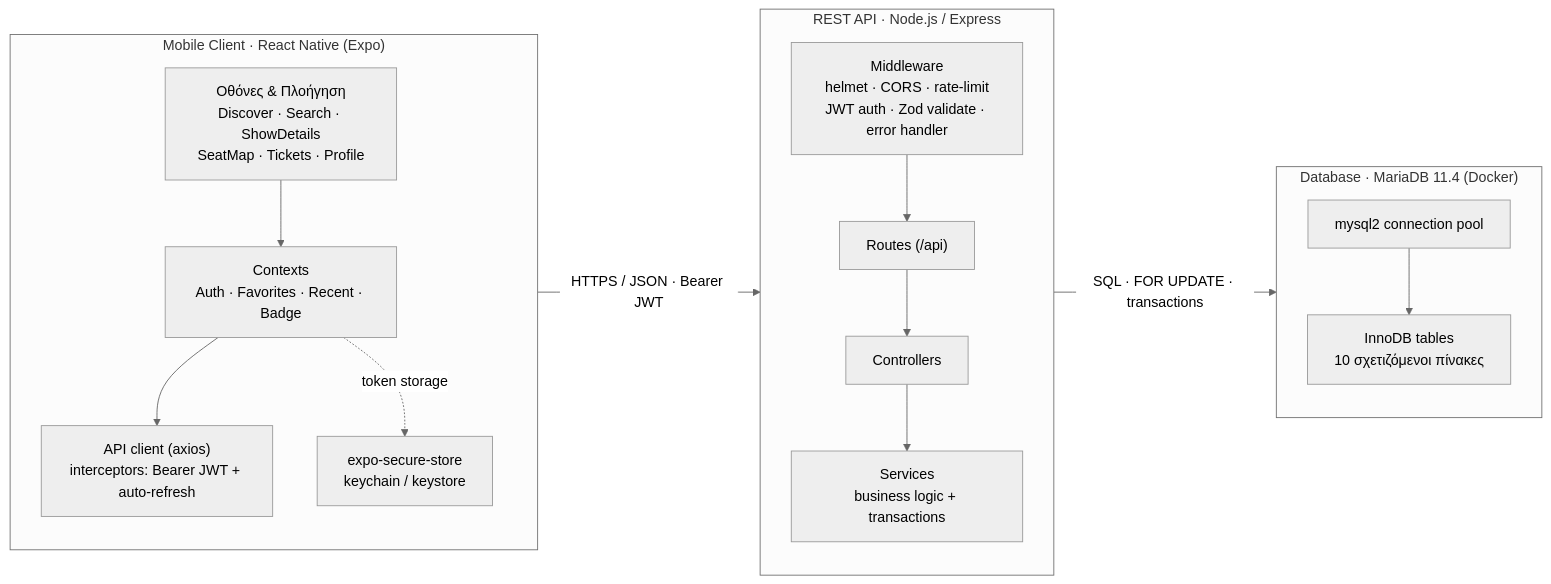
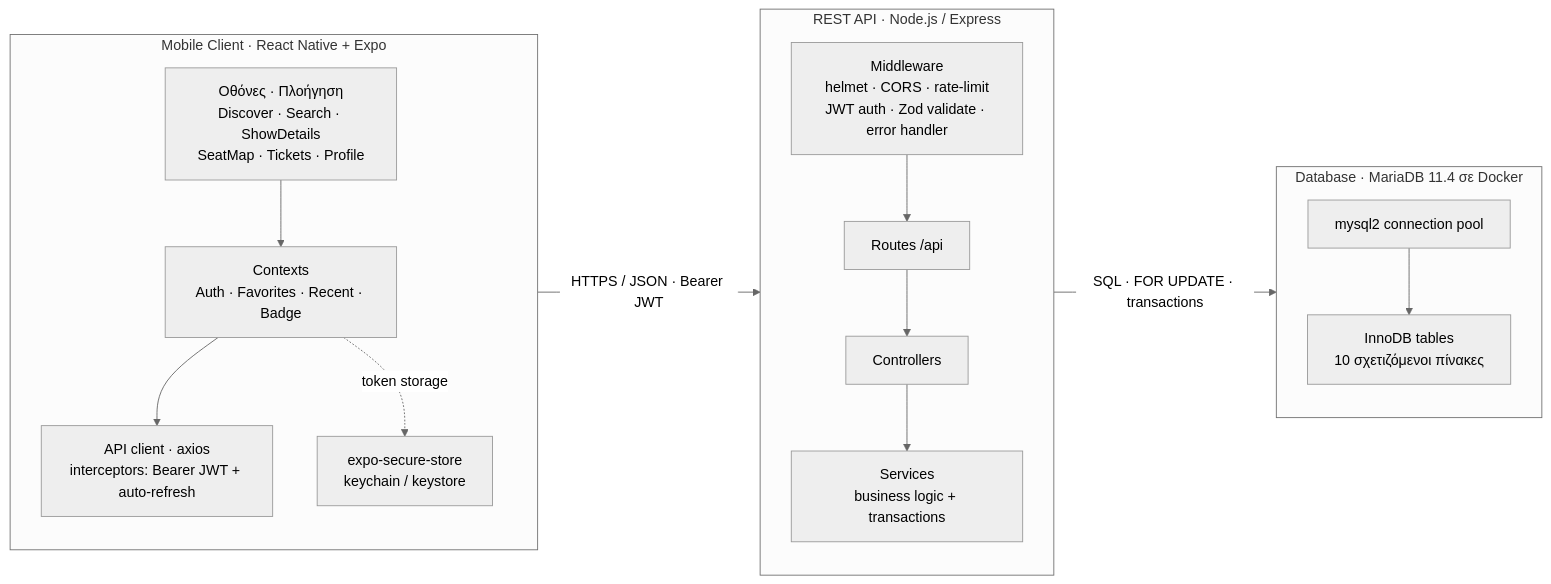
The first of 3 diagrams in README.md (Charis-Stikos/Spotlight), drawn with Mermaid (neutral theme) before and after one commit. The commit also changed other lines of this file, not shown here.

Commit message:
changed the README.md diagrams

````diff
--- a/README.md
+++ b/README.md
@@ -29,34 +29,34 @@
 ```mermaid
 flowchart LR
-    subgraph CLIENT["Mobile Client · React Native (Expo)"]
+    subgraph CLIENT["Mobile Client · React Native + Expo"]
         direction TB
-        SCR["Οθόνες &amp; Πλοήγηση<br/>Discover · Search · ShowDetails<br/>SeatMap · Tickets · Profile"]
+        SCR["Οθόνες · Πλοήγηση<br/>Discover · Search · ShowDetails<br/>SeatMap · Tickets · Profile"]
         CTX["Contexts<br/>Auth · Favorites · Recent · Badge"]
-        APIC["API client (axios)<br/>interceptors: Bearer JWT + auto-refresh"]
+        APIC["API client · axios<br/>interceptors: Bearer JWT + auto-refresh"]
         SEC["expo-secure-store<br/>keychain / keystore"]
         SCR --> CTX
         CTX --> APIC
         CTX -. token storage .-> SEC
     end
 
     subgraph SERVER["REST API · Node.js / Express"]
         direction TB
         MW["Middleware<br/>helmet · CORS · rate-limit<br/>JWT auth · Zod validate · error handler"]
-        RTE["Routes (/api)"]
+        RTE["Routes /api"]
         CTL["Controllers"]
         SVC["Services<br/>business logic + transactions"]
         MW --> RTE
         RTE --> CTL
         CTL --> SVC
     end
 
-    subgraph DATA["Database · MariaDB 11.4 (Docker)"]
+    subgraph DATA["Database · MariaDB 11.4 σε Docker"]
         direction TB
         POOL["mysql2 connection pool"]
         TBL["InnoDB tables<br/>10 σχετιζόμενοι πίνακες"]
         POOL --> TBL
     end
 
     APIC -->|"HTTPS / JSON · Bearer JWT"| MW
     SVC -->|"SQL · FOR UPDATE · transactions"| POOL
 ```
````
